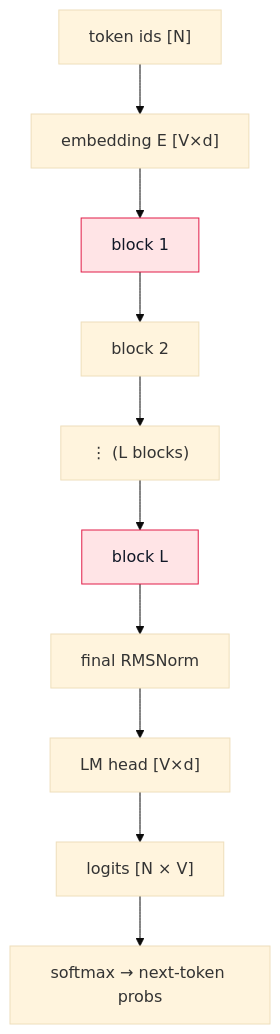
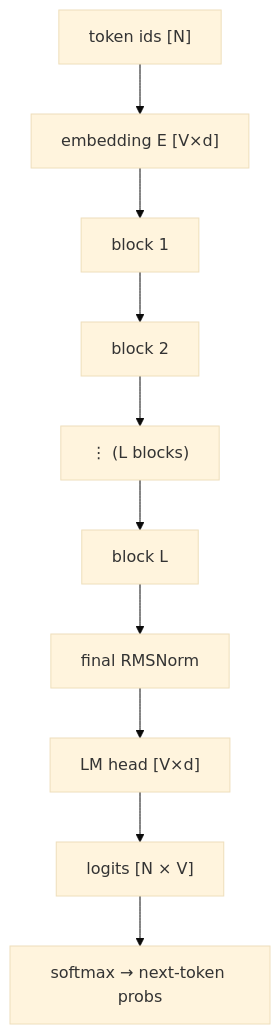
Before and after one commit to youyun8/deep-kernel-handbook: the ninth of 10 diagrams in docs/foundations/transformer-from-scratch.md, drawn with Mermaid (base theme). The commit also changed other lines of this file and 9 other files, not shown here.

Commit message:
docs: theme Mermaid diagrams via CSS instead of baked classDef colors

````diff
--- a/docs/foundations/transformer-from-scratch.md
+++ b/docs/foundations/transformer-from-scratch.md
@@ -244,15 +236,14 @@
 ```mermaid
 flowchart TD
     TOK["token ids [N]"] --> EMB["embedding E [V×d]"]
     EMB --> B1["block 1"]
     B1 --> B2["block 2"]
     B2 --> BD["⋮ (L blocks)"]
     BD --> BL["block L"]
     BL --> FN["final RMSNorm"]
     FN --> LMH["LM head [V×d]"]
     LMH --> LOG["logits [N × V]"]
     LOG --> SM["softmax → next-token probs"]
     class B1 accRose;
     class BL accRose;
-    classDef accRose fill:#ffe4e6,stroke:#e11d48,color:#111827;
 ```
````
